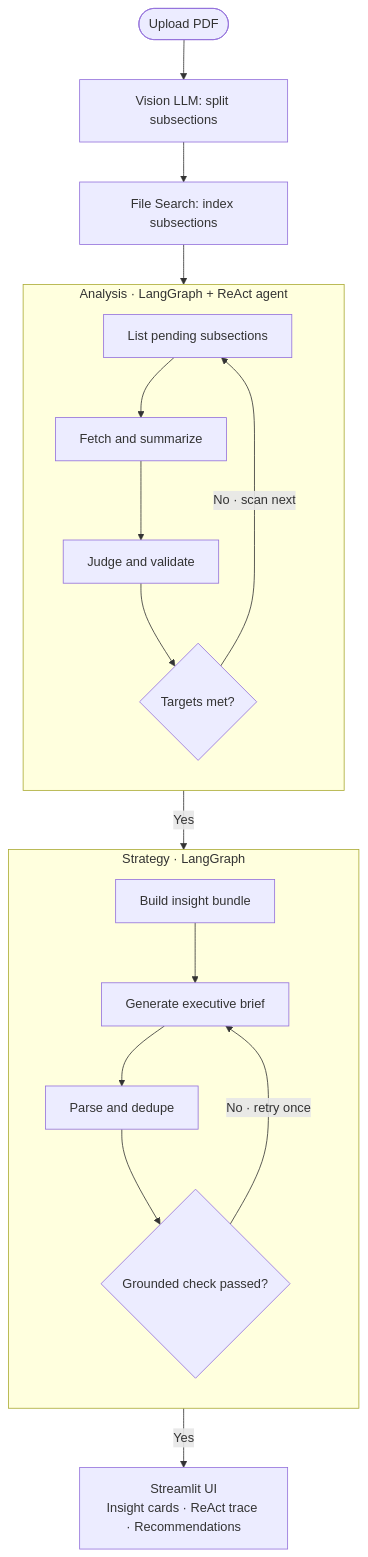
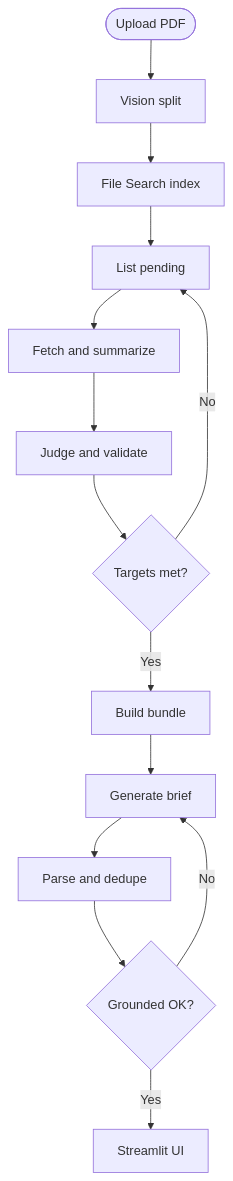
One commit to a-partha/music_analytics_app changed the diagram in README.md. Above: the diagram before and after it, drawn with Mermaid. The commit also changed other lines of this file, not shown here.

Commit message:
Mermaid chart fixes

````diff
--- a/README.md
+++ b/README.md
@@ -11,26 +11,16 @@
 ```mermaid
 flowchart TB
-    START([Upload PDF]) --> SPLIT[Vision LLM: split subsections]
-    SPLIT --> INDEX[File Search: index subsections]
-    INDEX --> LIST
-
-    subgraph ANALYSIS ["Analysis · LangGraph + ReAct agent"]
-        direction TB
-        LIST[List pending subsections] --> FETCH[Fetch and summarize]
-        FETCH --> JUDGE[Judge and validate]
-        JUDGE --> FINISH{Targets met?}
-        FINISH -->|No · scan next| LIST
-    end
-
-    FINISH -->|Yes| BUNDLE[Build insight bundle]
-
-    subgraph STRATEGY ["Strategy · LangGraph"]
-        direction TB
-        BUNDLE --> GEN[Generate executive brief]
-        GEN --> POST[Parse and dedupe]
-        POST --> CHECK{Grounded check passed?}
-        CHECK -->|No · retry once| GEN
-    end
-
-    CHECK -->|Yes| UI["Streamlit UI<br/>Insight cards · ReAct trace · Recommendations"]
+    A([Upload PDF]) --> B[Vision split]
+    B --> C[File Search index]
+    C --> D[List pending]
+    D --> E[Fetch and summarize]
+    E --> F[Judge and validate]
+    F --> G{Targets met?}
+    G -->|No| D
+    G -->|Yes| H[Build bundle]
+    H --> I[Generate brief]
+    I --> J[Parse and dedupe]
+    J --> K{Grounded OK?}
+    K -->|No| I
+    K -->|Yes| L[Streamlit UI]
 ```
````
